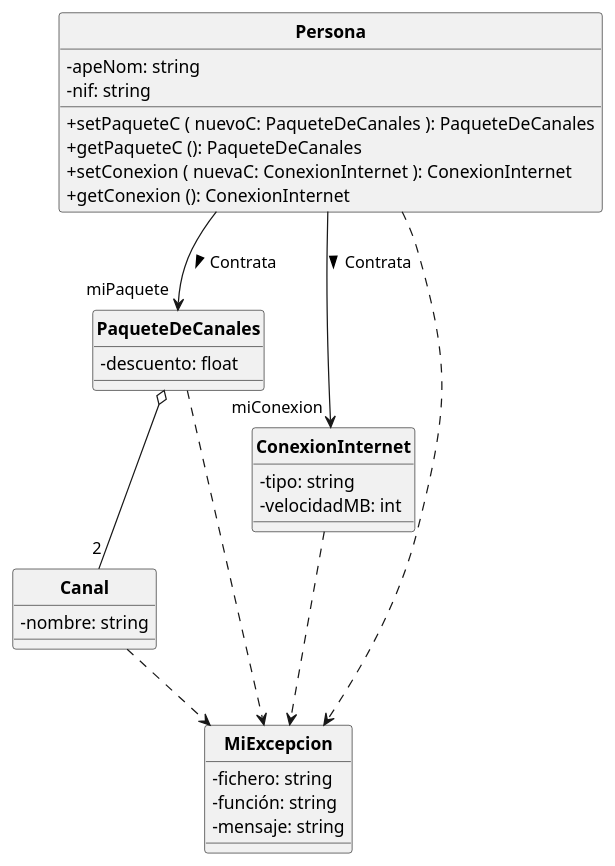
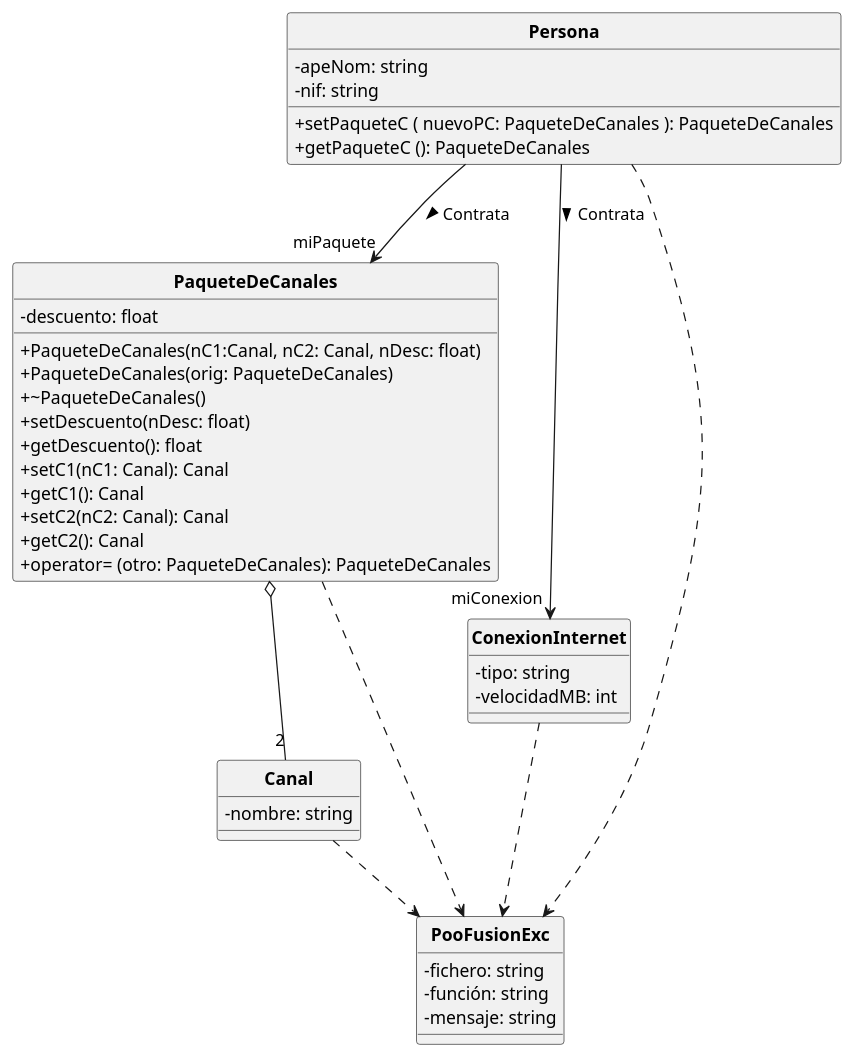
The diagram in PooFusion.puml (POOUJA/PooFusion), drawn with PlantUML before and after one commit.

```diff
--- a/PooFusion.puml
+++ b/PooFusion.puml
@@ -1,43 +1,51 @@
 @startuml
 
 hide circle
 skinparam classattributeiconsize 0
 skinparam classFontStyle bold
 
 class Persona {
  - apeNom: string
  - nif: string
- + setPaqueteC ( nuevoC: PaqueteDeCanales ): PaqueteDeCanales
+ + setPaqueteC ( nuevoPC: PaqueteDeCanales ): PaqueteDeCanales
  + getPaqueteC (): PaqueteDeCanales
- + setConexion ( nuevaC: ConexionInternet ): ConexionInternet
- + getConexion (): ConexionInternet
 }
 
 class PaqueteDeCanales{
  - descuento: float
+ +PaqueteDeCanales(nC1:Canal, nC2: Canal, nDesc: float)
+ +PaqueteDeCanales(orig: PaqueteDeCanales)
+ +~PaqueteDeCanales()
+ +setDescuento(nDesc: float)
+ +getDescuento(): float
+ +setC1(nC1: Canal): Canal
+ +getC1(): Canal
+ +setC2(nC2: Canal): Canal
+ +getC2(): Canal
+ +operator= (otro: PaqueteDeCanales): PaqueteDeCanales
 }
 
 class ConexionInternet {
  - tipo: string
  - velocidadMB: int
 }
 
 class Canal {
  - nombre: string
 }
 
-class MiExcepcion{
+class PooFusionExc{
  - fichero: string
  - función: string
  - mensaje: string
 }
 
 Persona --> "miConexion" ConexionInternet: Contrata >
 Persona --> "miPaquete" PaqueteDeCanales: Contrata >
 PaqueteDeCanales o-- "2" Canal
-Canal ..> MiExcepcion
-ConexionInternet ..> MiExcepcion
-Persona ..> MiExcepcion
-PaqueteDeCanales ..> MiExcepcion
+Canal ..> PooFusionExc
+ConexionInternet ..> PooFusionExc
+Persona ..> PooFusionExc
+PaqueteDeCanales ..> PooFusionExc
 
 @enduml
```
